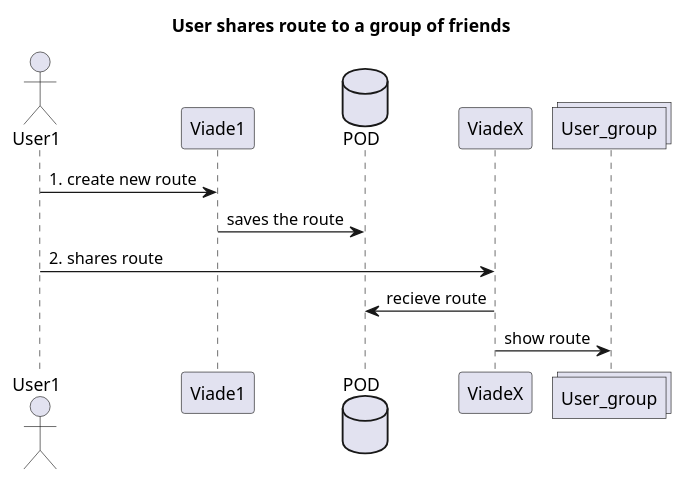
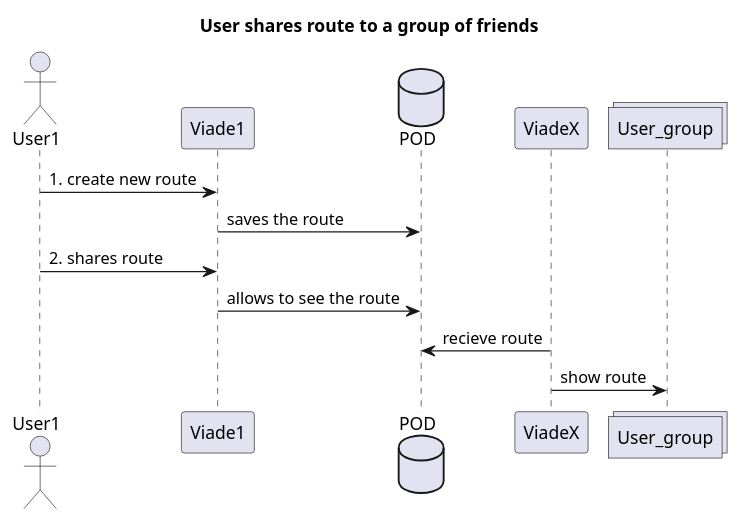
Before and after one commit to flecktarn121/viade_es2c: the fourth of 4 diagrams in src/docs/06_runtime_view.adoc, drawn with PlantUML. The commit also changed other lines of this file, not shown here.

First line of the commit message:
Diagram groupal corrected

```diff
--- a/src/docs/06_runtime_view.adoc
+++ b/src/docs/06_runtime_view.adoc
@@ -84,14 +84,15 @@
 [plantuml,"Routes share 2 secuence diagram",png]
 ----
 title User shares route to a group of friends
 actor User1
 participant Viade1
 database POD
 participant ViadeX
 collections User_group
 User1 -> Viade1: 1. create new route
 Viade1 -> POD: saves the route
-User1 -> ViadeX: 2. shares route
+User1 -> Viade1: 2. shares route
+Viade1 -> POD: allows to see the route
 ViadeX -> POD: recieve route
 ViadeX -> User_group: show route
 ----
```
